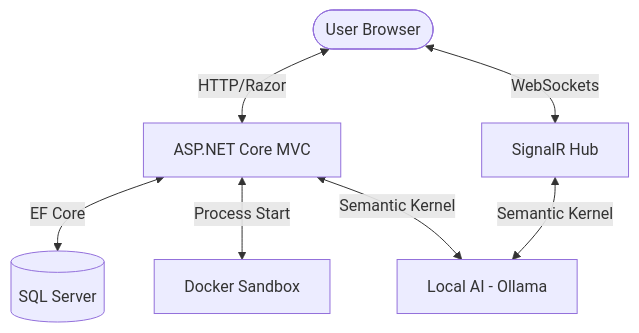
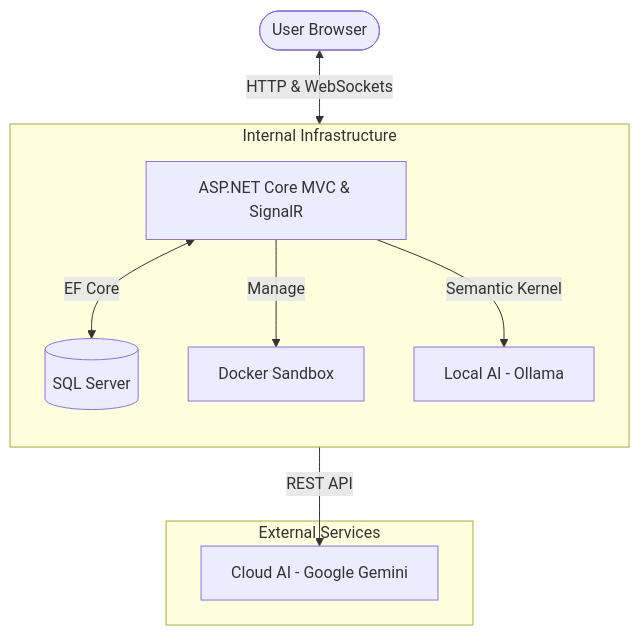
One commit to iuliahappy/JustBigO-Fun---Software-Development-Methodologies changed the first of 4 diagrams in DIAGRAMS.md. Above: the diagram before and after it, drawn with Mermaid. The commit also changed other lines of this file and 1 other file, not shown here.

Commit message:
docs: improve diagrams clarity and update translation timeout

````diff
--- a/DIAGRAMS.md
+++ b/DIAGRAMS.md
@@ -9,16 +9,23 @@
 ```mermaid
 graph TD
     User([User Browser])
-    ASP[ASP.NET Core MVC]
-    SQL[(SQL Server)]
-    Docker[Docker Sandbox]
-    Ollama[Local AI - Ollama]
-    SignalR[SignalR Hub]
+    
+    subgraph "Internal Infrastructure"
+        direction TB
+        Orch["ASP.NET Core MVC & SignalR"]
+        SQL[(SQL Server)]
+        Docker[Docker Sandbox]
+        Ollama[Local AI - Ollama]
+    end
+    
+    subgraph "External Services"
+        Gemini[Cloud AI - Google Gemini]
+    end
 
-    User <-->|HTTP/Razor| ASP
-    User <-->|WebSockets| SignalR
-    ASP <-->|EF Core| SQL
-    ASP <-->|Process Start| Docker
-    SignalR <-->|Semantic Kernel| Ollama
-    ASP <-->|Semantic Kernel| Ollama
+    User <-->|HTTP & WebSockets| Orch
+    Orch <-->|EF Core| SQL
+    
+    Orch -->|Manage| Docker
+    Orch -->|Semantic Kernel| Ollama
+    Orch -->|REST API| Gemini
 ```
````
